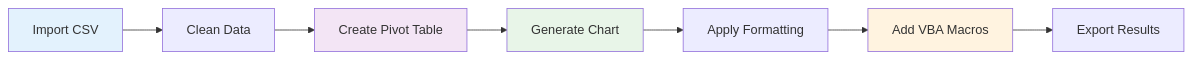
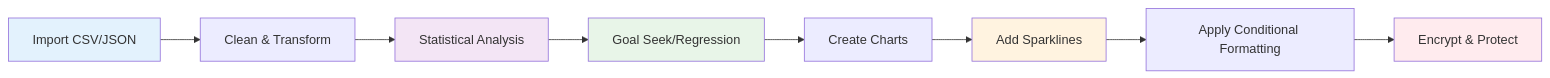
One commit to serhabdel/Excel-mcp-dotnet changed the fifth of 8 diagrams in README.md. Above: the diagram before and after it, drawn with Mermaid. The commit also changed other lines of this file and 13 other files, not shown here.

````diff
--- a/README.md
+++ b/README.md
@@ -428,14 +297,16 @@
 ```mermaid
 graph LR
-    A[Import CSV] --> B[Clean Data]
-    B --> C[Create Pivot Table]
-    C --> D[Generate Chart]
-    D --> E[Apply Formatting]
-    E --> F[Add VBA Macros]
-    F --> G[Export Results]
+    A[Import CSV/JSON] --> B[Clean & Transform]
+    B --> C[Statistical Analysis]
+    C --> D[Goal Seek/Regression]
+    D --> E[Create Charts]
+    E --> F[Add Sparklines]
+    F --> G[Apply Conditional Formatting]
+    G --> H[Encrypt & Protect]
     
     style A fill:#e3f2fd
     style C fill:#f3e5f5
     style D fill:#e8f5e8
     style F fill:#fff3e0
+    style H fill:#ffebee
 ```
````
